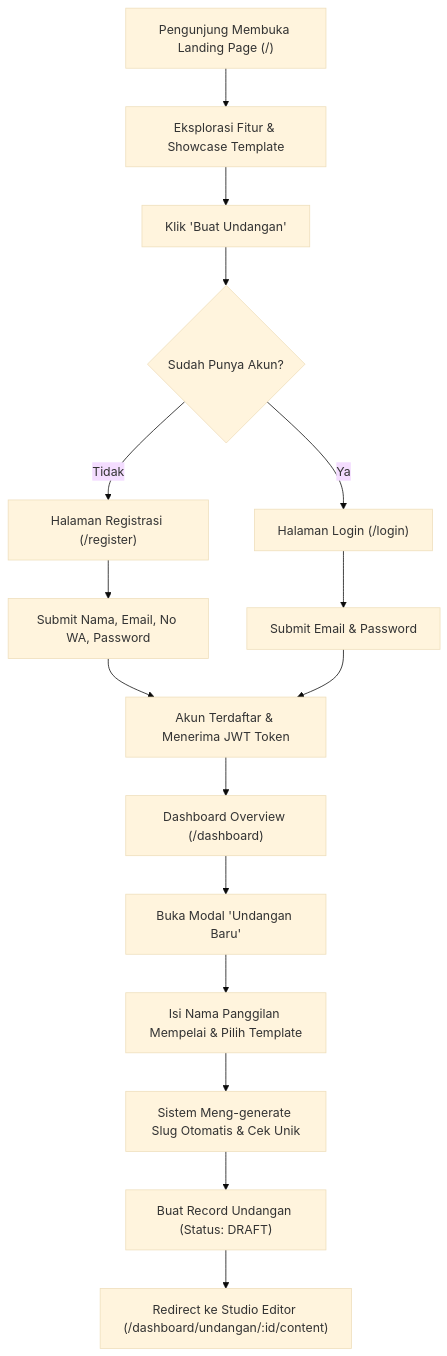
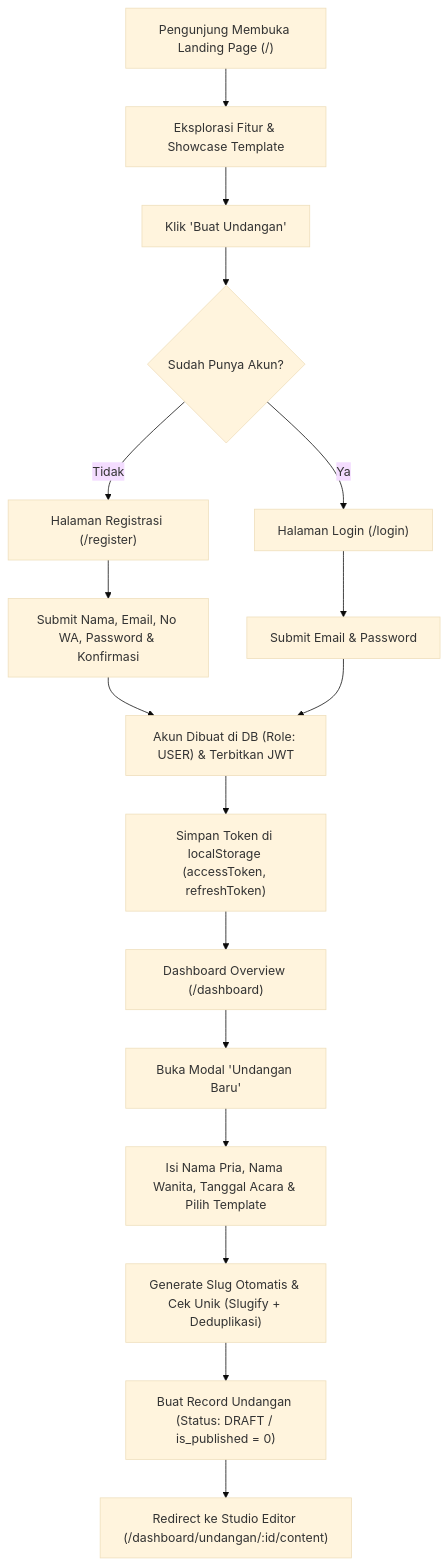
One commit to maszaen/infomase changed the first of 11 diagrams in docs/BUSINESS_FLOW.md. Above: the diagram before and after it, drawn with Mermaid (base theme). The commit also changed other lines of this file and 21 other files, not shown here.

````diff
--- a/docs/BUSINESS_FLOW.md
+++ b/docs/BUSINESS_FLOW.md
@@ -11,18 +11,19 @@
 ```mermaid
 flowchart TD
     A["Pengunjung Membuka Landing Page (/)"] --> B["Eksplorasi Fitur & Showcase Template"]
     B --> C["Klik 'Buat Undangan'"]
     C --> D{"Sudah Punya Akun?"}
     D -- Tidak --> E["Halaman Registrasi (/register)"]
-    E --> F["Submit Nama, Email, No WA, Password"]
-    F --> G["Akun Terdaftar & Menerima JWT Token"]
+    E --> F["Submit Nama, Email, No WA, Password & Konfirmasi"]
+    F --> G["Akun Dibuat di DB (Role: USER) & Terbitkan JWT"]
     D -- Ya --> H["Halaman Login (/login)"]
     H --> I["Submit Email & Password"]
     I --> G
-    G --> J["Dashboard Overview (/dashboard)"]
-    J --> K["Buka Modal 'Undangan Baru'"]
-    K --> L["Isi Nama Panggilan Mempelai & Pilih Template"]
-    L --> M["Sistem Meng-generate Slug Otomatis & Cek Unik"]
-    M --> N["Buat Record Undangan (Status: DRAFT)"]
-    N --> O["Redirect ke Studio Editor (/dashboard/undangan/:id/content)"]
+    G --> J["Simpan Token di localStorage (accessToken, refreshToken)"]
+    J --> K["Dashboard Overview (/dashboard)"]
+    K --> L["Buka Modal 'Undangan Baru'"]
+    L --> M["Isi Nama Pria, Nama Wanita, Tanggal Acara & Pilih Template"]
+    M --> N["Generate Slug Otomatis & Cek Unik (Slugify + Deduplikasi)"]
+    N --> O["Buat Record Undangan (Status: DRAFT / is_published = 0)"]
+    O --> P["Redirect ke Studio Editor (/dashboard/undangan/:id/content)"]
 ```
````
